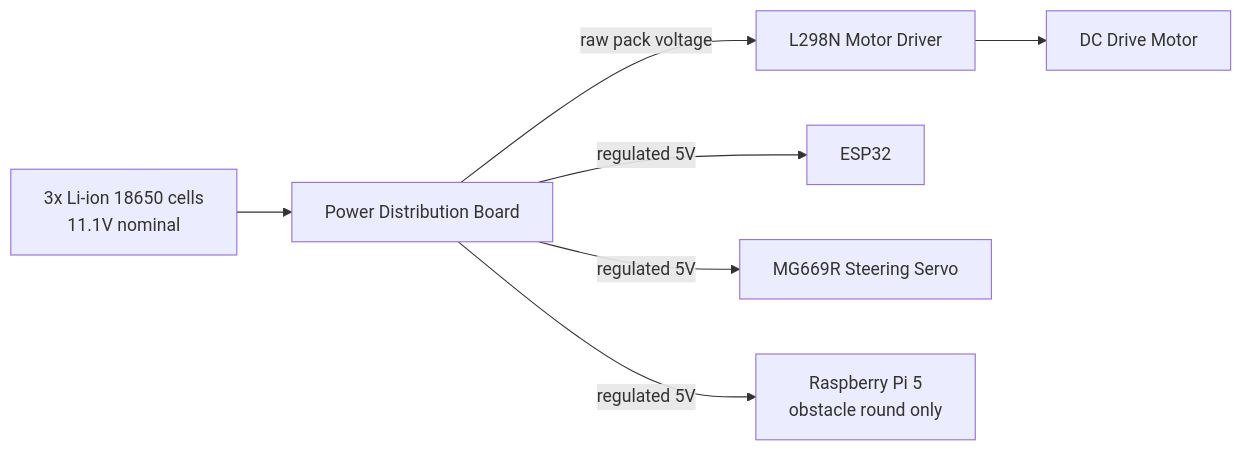
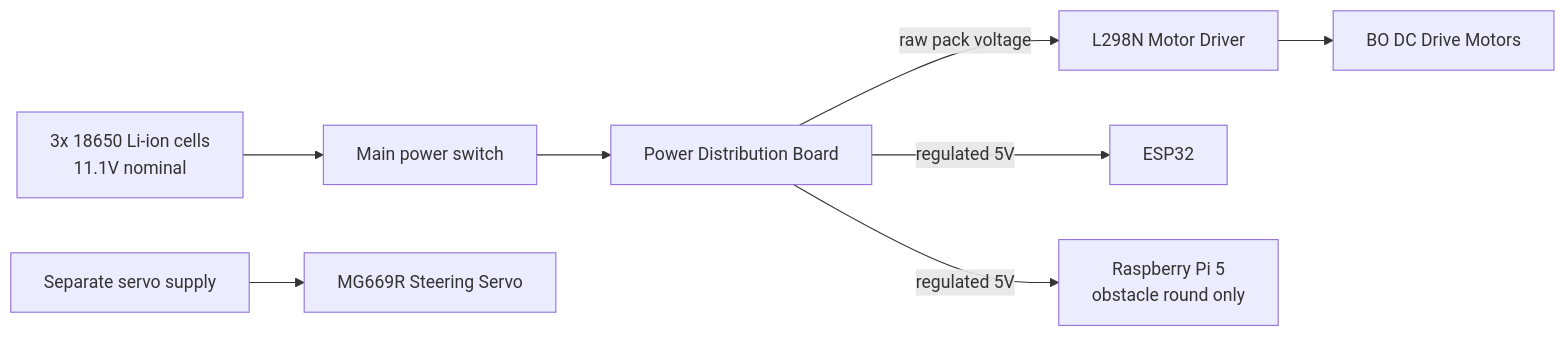
Before and after one commit to BMWareSPEEDY/WRO_yo_error_404: the first of 4 diagrams in README.md, drawn with Mermaid. The commit also changed other lines of this file, not shown here.

````diff
--- a/README.md
+++ b/README.md
@@ -154,11 +244,13 @@
 ```mermaid
 flowchart LR
-    BAT[3x Li-ion 18650 cells<br/>11.1V nominal] --> PDB[Power Distribution Board]
+    BAT[3x 18650 Li-ion cells<br/>11.1V nominal] --> SW[Main power switch]
+    SW --> PDB[Power Distribution Board]
 
     PDB -->|raw pack voltage| L298[L298N Motor Driver]
-    L298 --> MOT[DC Drive Motor]
+    L298 --> MOT[BO DC Drive Motors]
 
     PDB -->|regulated 5V| ESP[ESP32]
-    PDB -->|regulated 5V| SRV[MG669R Steering Servo]
     PDB -->|regulated 5V| PI[Raspberry Pi 5<br/>obstacle round only]
+
+    SRVBAT[Separate servo supply] --> SRV[MG669R Steering Servo]
 ```
````
